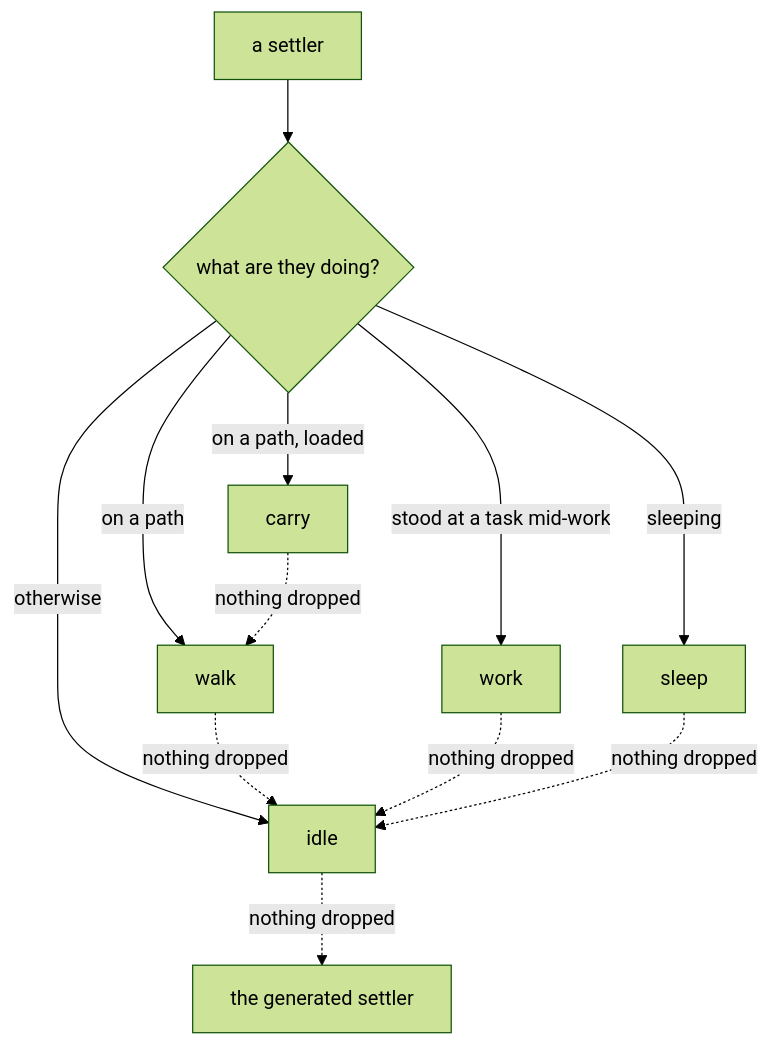
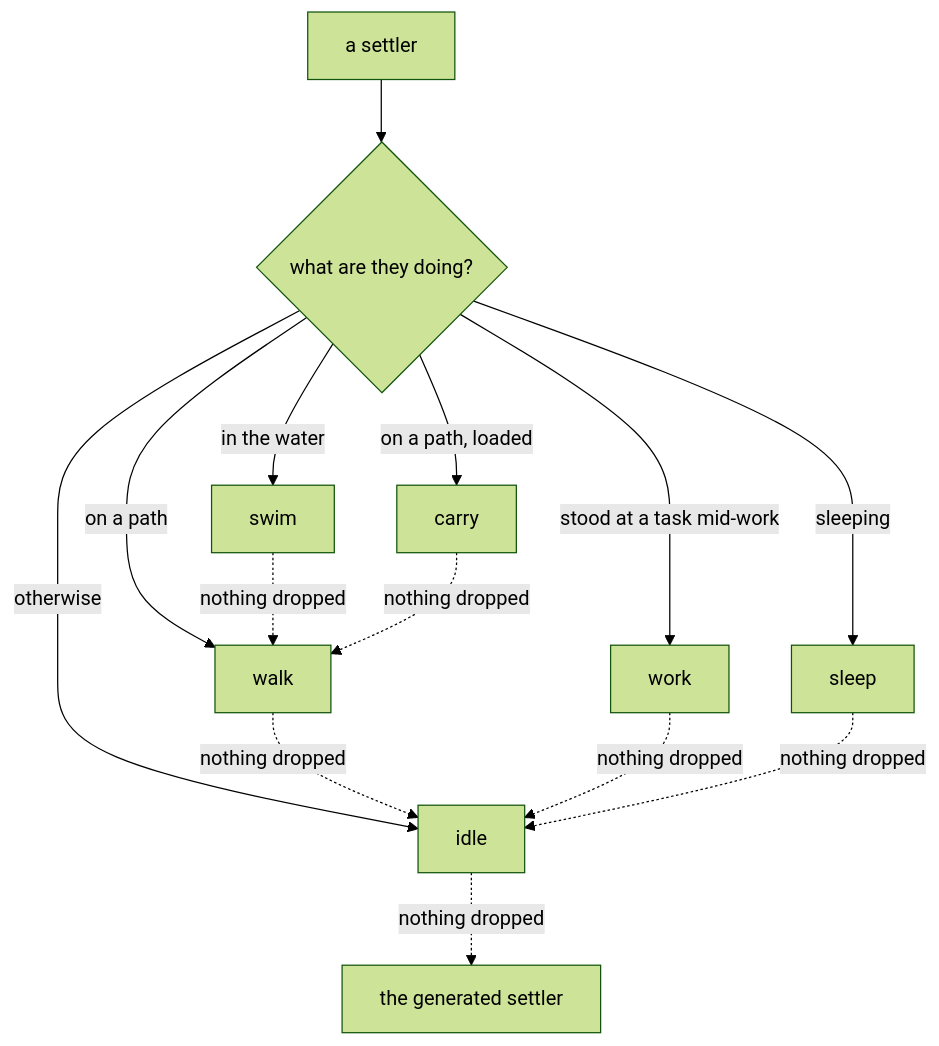
Diagram 32 of 36 in ARCHITECTURE.md (tmpk13/grow), drawn with Mermaid (forest theme) before and after one commit. The commit also changed other lines of this file and 12 other files, not shown here.

````diff
--- a/ARCHITECTURE.md
+++ b/ARCHITECTURE.md
@@ -1146,14 +1146,16 @@
 ```mermaid
 flowchart TD
   p["a settler"] --> m{"what are they doing?"}
   m -->|sleeping| sl["sleep"]
+  m -->|in the water| sw["swim"]
   m -->|on a path, loaded| ca["carry"]
   m -->|on a path| wa["walk"]
   m -->|stood at a task mid-work| wo["work"]
   m -->|otherwise| id["idle"]
+  sw -.->|nothing dropped| wa
   ca -.->|nothing dropped| wa
   wa -.->|nothing dropped| id
   wo -.->|nothing dropped| id
   sl -.->|nothing dropped| id
   id -.->|nothing dropped| gen["the generated settler"]
 ```
````
